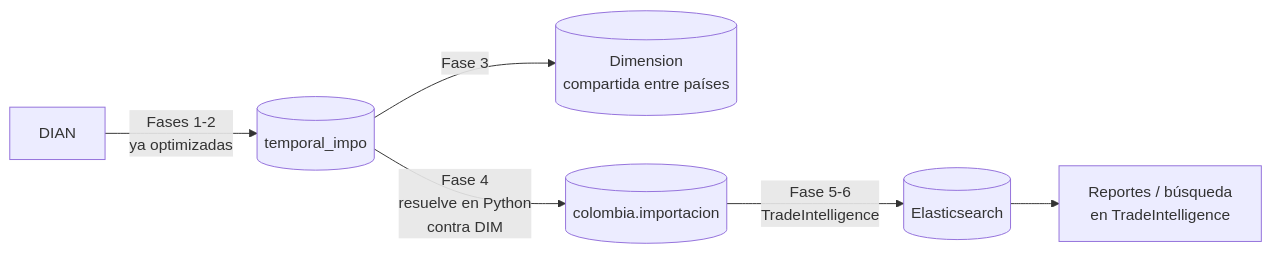
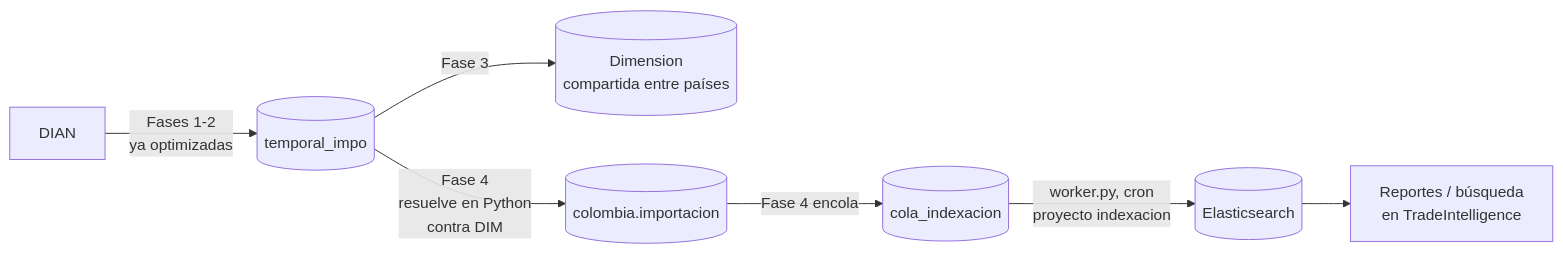
Before and after one commit to pedroagv/ETL_Colombia: the diagram in 04_Documentacion/README.md, drawn with Mermaid. The commit also changed other lines of this file and 20 other files, not shown here.

````diff
--- a/04_Documentacion/README.md
+++ b/04_Documentacion/README.md
@@ -40,8 +38,9 @@
 ```mermaid
 flowchart LR
     DIAN[DIAN] -->|Fases 1-2\nya optimizadas| STAGE[(temporal_impo)]
     STAGE -->|Fase 3| DIM[(Dimension\ncompartida entre países)]
     STAGE -->|Fase 4\nresuelve en Python\ncontra DIM| FLAT[(colombia.importacion)]
-    FLAT -->|Fase 5-6\nTradeIntelligence| ES[(Elasticsearch)]
+    FLAT -->|Fase 4 encola| COLA[(cola_indexacion)]
+    COLA -->|worker.py, cron\nproyecto indexacion| ES[(Elasticsearch)]
     ES --> UI[Reportes / búsqueda\nen TradeIntelligence]
 ```
````
